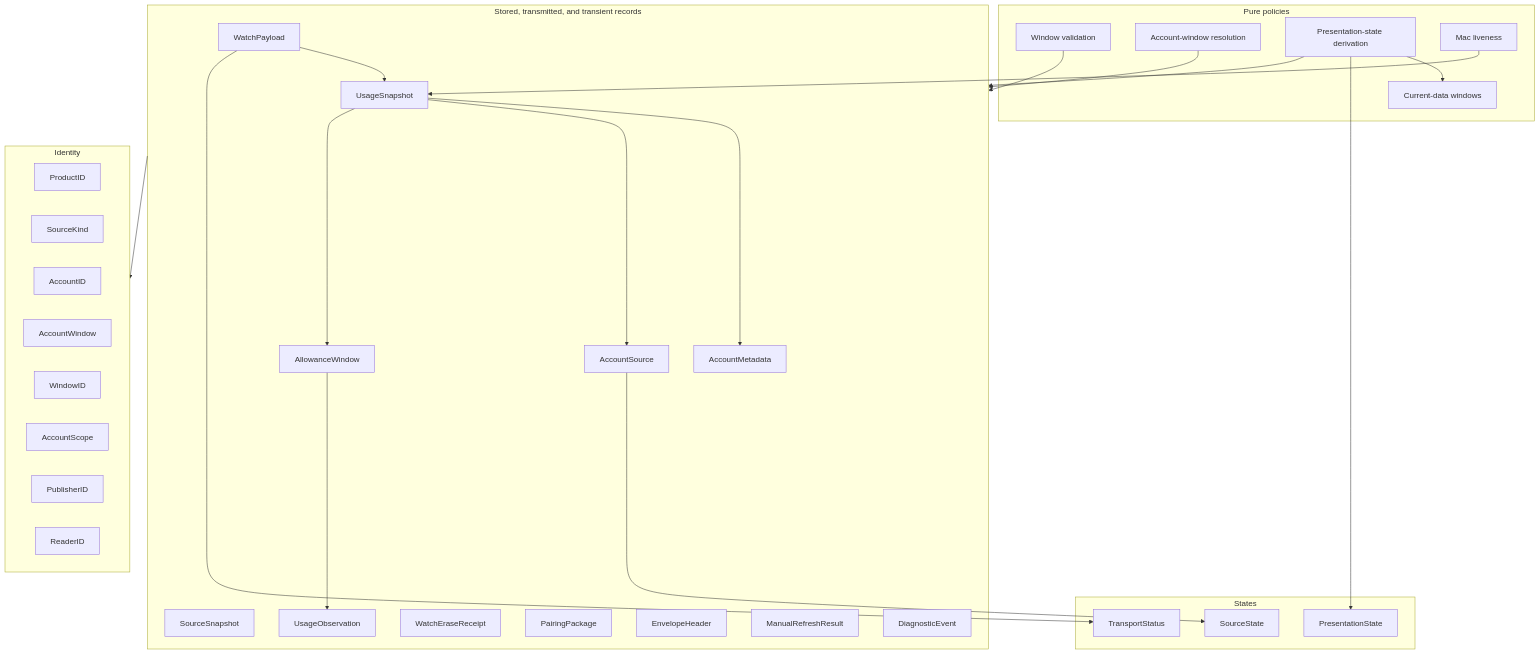
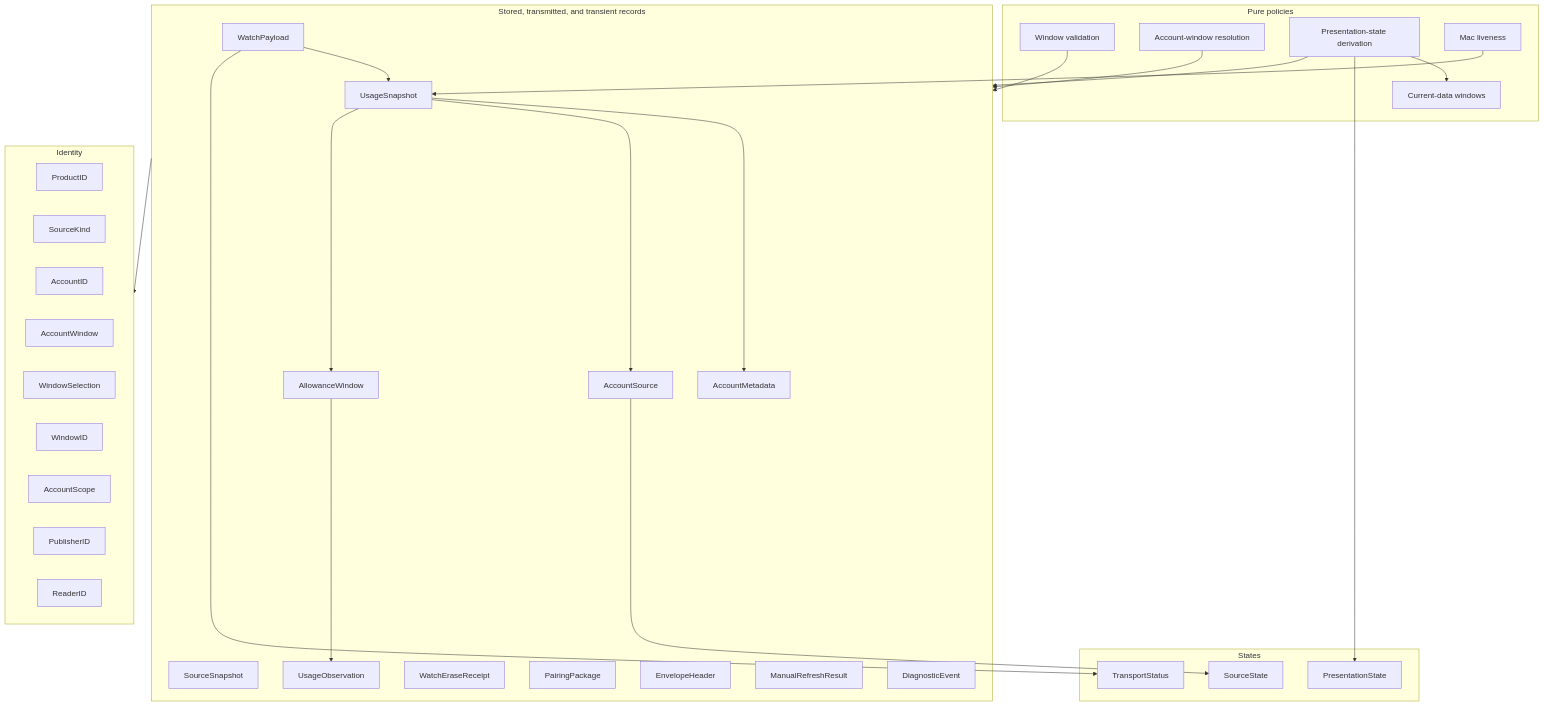
One commit to pastry-personal5/reset-radar changed the diagram in docs/architecture/domain.md. Above: the diagram before and after it, drawn with Mermaid. The commit also changed other lines of this file and 13 other files, not shown here.

````diff
--- a/docs/architecture/domain.md
+++ b/docs/architecture/domain.md
@@ -25,53 +25,54 @@
 ```mermaid
 flowchart TB
   subgraph Identity["Identity"]
     ProductID
     SourceKind
     AccountID
     AccountWindow
+    WindowSelection
     WindowID
     AccountScope
     PublisherID
     ReaderID
   end
   subgraph Records["Stored, transmitted, and transient records"]
     UsageSnapshot
     SourceSnapshot
     AccountMetadata
     AccountSource
     AllowanceWindow
     UsageObservation
     WatchPayload
     WatchEraseReceipt
     PairingPackage
     EnvelopeHeader
     ManualRefreshResult
     DiagnosticEvent
   end
   subgraph States["States"]
     SourceState
     PresentationState
     TransportStatus
   end
   subgraph Policies["Pure policies"]
     Validation["Window validation"]
     SlotResolution["Account-window resolution"]
     Presentation["Presentation-state derivation"]
     Liveness["Mac liveness"]
     CurrentData["Current-data windows"]
   end
   UsageSnapshot --> AccountMetadata
   UsageSnapshot --> AccountSource
   UsageSnapshot --> AllowanceWindow
   AllowanceWindow --> UsageObservation
   WatchPayload --> UsageSnapshot
   WatchPayload --> TransportStatus
   AccountSource --> SourceState
   Records --> Identity
   Validation --> Records
   SlotResolution --> Records
   Presentation --> Records
   Presentation --> CurrentData
   Presentation --> PresentationState
   Liveness --> UsageSnapshot
 ```
````
